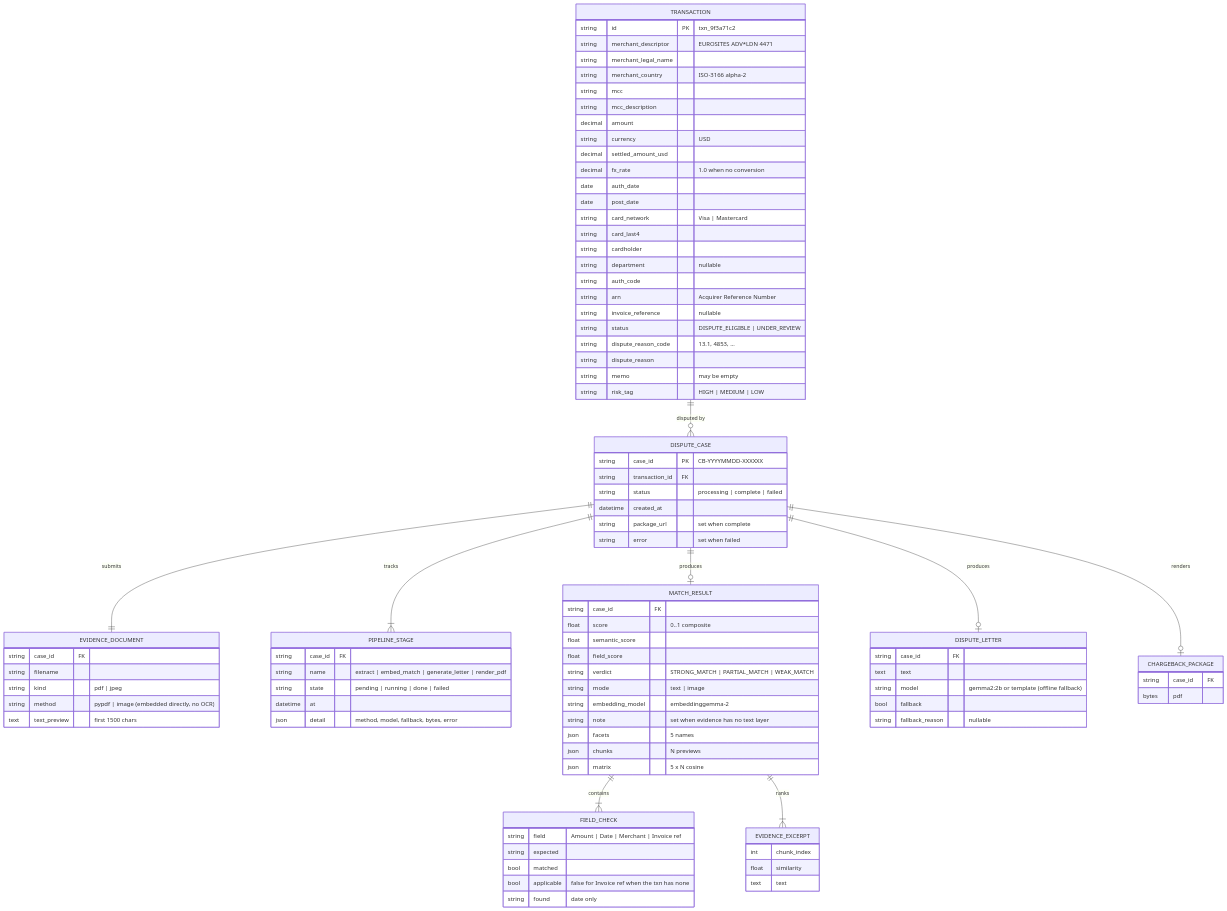
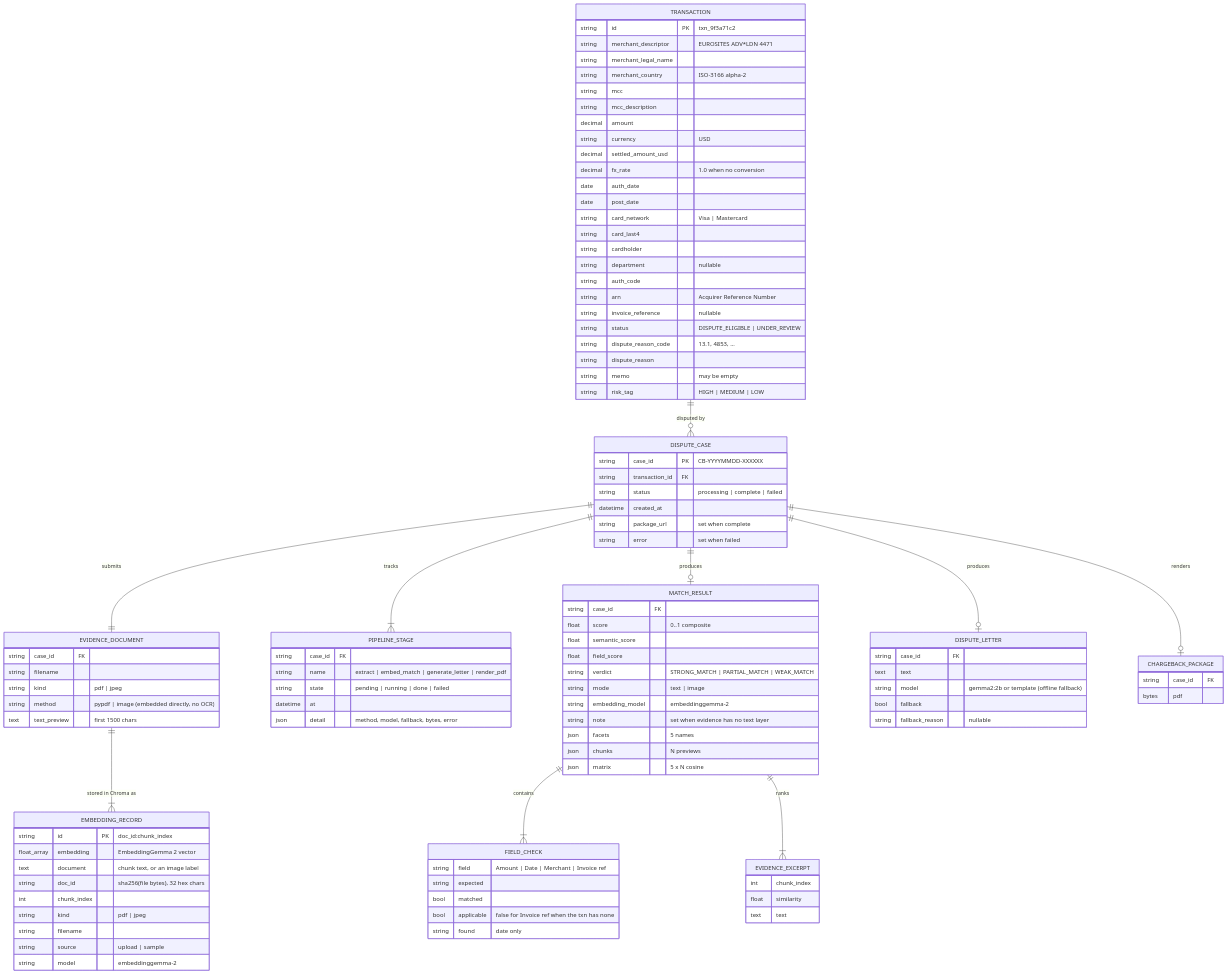
One commit to rajatrao/payment_intelligence changed the sixth of 7 diagrams in docs/ARCHITECTURE.md. Above: the diagram before and after it, drawn with Mermaid. The commit also changed other lines of this file and 11 other files, not shown here.

First line of the commit message:
Store evidence embeddings in Chroma

```diff
--- a/docs/ARCHITECTURE.md
+++ b/docs/ARCHITECTURE.md
@@ -275,6 +297,7 @@
     MATCH_RESULT ||--|{ EVIDENCE_EXCERPT : "ranks"
     DISPUTE_CASE ||--o| DISPUTE_LETTER : "produces"
     DISPUTE_CASE ||--o| CHARGEBACK_PACKAGE : "renders"
+    EVIDENCE_DOCUMENT ||--|{ EMBEDDING_RECORD : "stored in Chroma as"
 
     TRANSACTION {
         string id PK "txn_9f3a71c2"
@@ -316,6 +339,17 @@
         string kind "pdf | jpeg"
         string method "pypdf | image (embedded directly, no OCR)"
         text text_preview "first 1500 chars"
+    }
+    EMBEDDING_RECORD {
+        string id PK "doc_id:chunk_index"
+        float_array embedding "EmbeddingGemma 2 vector"
+        text document "chunk text, or an image label"
+        string doc_id "sha256(file bytes), 32 hex chars"
+        int chunk_index
+        string kind "pdf | jpeg"
+        string filename
+        string source "upload | sample"
+        string model "embeddinggemma-2"
     }
     PIPELINE_STAGE {
         string case_id FK
```
